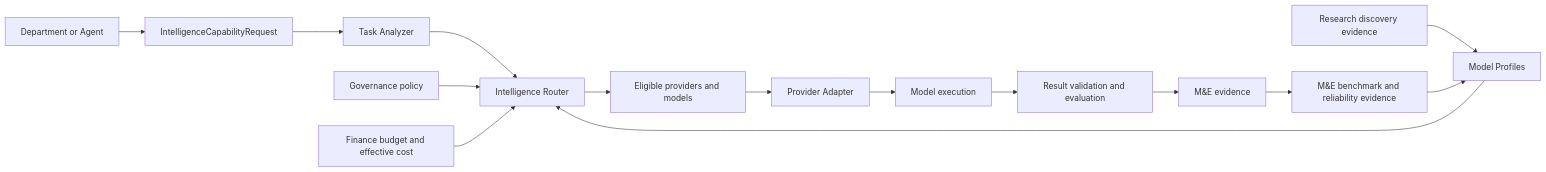
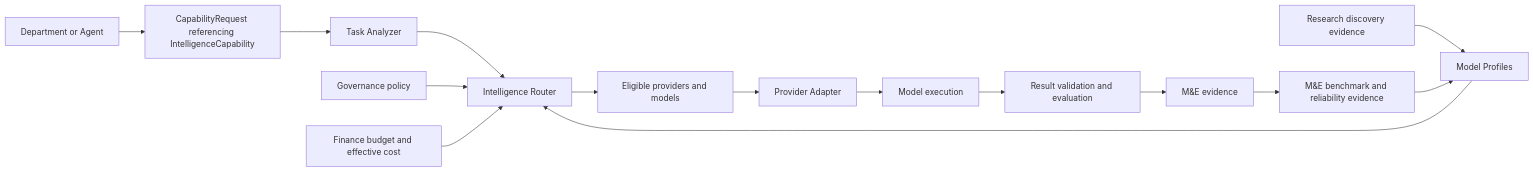
One commit to Node-Features/company-os changed the diagram in docs/architecture/intelligence.md. Above: the diagram before and after it, drawn with Mermaid. The commit also changed other lines of this file and 27 other files, not shown here.

Commit message:
docs: reconcile architecture ownership boundaries

````diff
--- a/docs/architecture/intelligence.md
+++ b/docs/architecture/intelligence.md
@@ -23,17 +23,17 @@
 ```mermaid
 flowchart LR
-    Requester[Department or Agent] --> Request[IntelligenceCapabilityRequest]
+    Requester[Department or Agent] --> Request[CapabilityRequest referencing IntelligenceCapability]
     Request --> Analyzer[Task Analyzer]
     Analyzer --> Router[Intelligence Router]
     Governance[Governance policy] --> Router
     Finance[Finance budget and effective cost] --> Router
     Research[Research discovery evidence] --> Profiles[Model Profiles]
     ME[M&E benchmark and reliability evidence] --> Profiles
     Profiles --> Router
     Router --> Eligible[Eligible providers and models]
     Eligible --> Adapter[Provider Adapter]
     Adapter --> Execution[Model execution]
     Execution --> Evaluation[Result validation and evaluation]
     Evaluation --> Evidence[M&E evidence]
     Evidence --> ME
 ```
````
